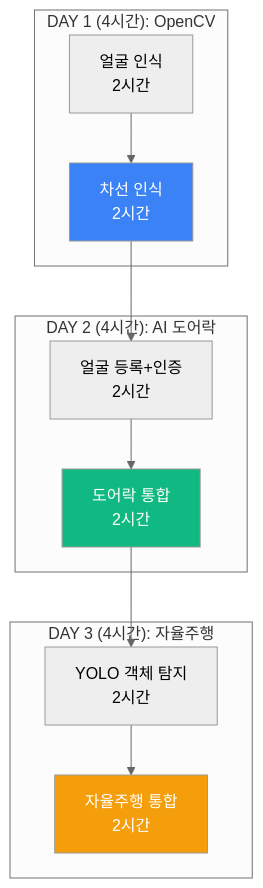
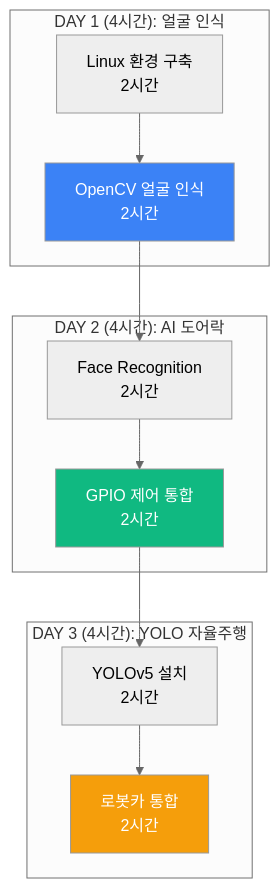
The eighth of 9 diagrams in documents/CURRICULUM/맛보기_라즈베리파이_AI.md (Collegenie-X/AIMakerLab_Web), drawn with Mermaid (neutral theme) before and after one commit. The commit also changed other lines of this file and 3 other files, not shown here.

````diff
--- a/documents/CURRICULUM/맛보기_라즈베리파이_AI.md
+++ b/documents/CURRICULUM/맛보기_라즈베리파이_AI.md
@@ -616,27 +884,27 @@
 ```mermaid
 graph TB
-    subgraph "DAY 1 (4시간): OpenCV"
-        D1A[얼굴 인식<br/>2시간]
-        D1B[차선 인식<br/>2시간]
+    subgraph "DAY 1 (4시간): 얼굴 인식"
+        D1A[Linux 환경 구축<br/>2시간]
+        D1B[OpenCV 얼굴 인식<br/>2시간]
     end
     
     subgraph "DAY 2 (4시간): AI 도어락"
-        D2A[얼굴 등록+인증<br/>2시간]
-        D2B[도어락 통합<br/>2시간]
+        D2A[Face Recognition<br/>2시간]
+        D2B[GPIO 제어 통합<br/>2시간]
     end
     
-    subgraph "DAY 3 (4시간): 자율주행"
-        D3A[YOLO 객체 탐지<br/>2시간]
-        D3B[자율주행 통합<br/>2시간]
+    subgraph "DAY 3 (4시간): YOLO 자율주행"
+        D3A[YOLOv5 설치<br/>2시간]
+        D3B[로봇카 통합<br/>2시간]
     end
     
     D1A --> D1B
     D1B --> D2A
     D2A --> D2B
     D2B --> D3A
     D3A --> D3B
     
     style D1B fill:#3b82f6,color:#fff
     style D2B fill:#10b981,color:#fff
     style D3B fill:#f59e0b,color:#fff
 ```
````
